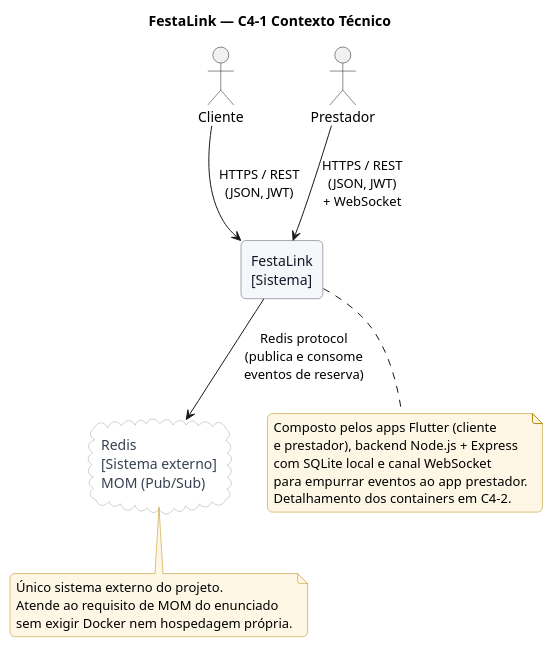
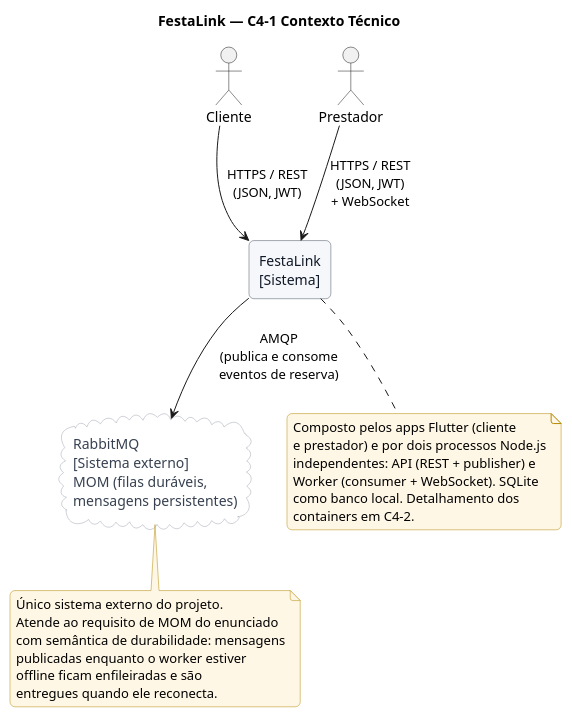
The diagram in docs/diagrams/06-c4-1-contexto-tecnico.puml (MiguelMagCastro/festalink_app), drawn with PlantUML before and after one commit. The commit also changed 9 other files, not shown here.

Commit message:
docs(diagramas): atualiza puml e png para rabbitmq e split api/worker

```diff
--- a/docs/diagrams/06-c4-1-contexto-tecnico.puml
+++ b/docs/diagrams/06-c4-1-contexto-tecnico.puml
@@ -1,48 +1,52 @@
 @startuml
 title FestaLink — C4-1 Contexto Técnico
 
 skinparam backgroundColor #FFFFFF
 skinparam shadowing false
 skinparam roundCorner 10
 skinparam defaultFontName "Helvetica"
 skinparam rectangle {
   BackgroundColor #F5F7FB
   BorderColor #4B5563
   FontColor #111827
 }
 skinparam cloud {
   BackgroundColor #FFFFFF
   BorderColor #9CA3AF
   FontColor #374151
 }
 skinparam note {
   BackgroundColor #FFF7E6
   BorderColor #B58900
 }
 
 actor "Cliente" as cli
 actor "Prestador" as pres
 
 rectangle "FestaLink\n[Sistema]" as sys
 
-cloud "Redis\n[Sistema externo]\nMOM (Pub/Sub)" as redis
+cloud "RabbitMQ\n[Sistema externo]\nMOM (filas duráveis,\nmensagens persistentes)" as rabbit
 
 cli --> sys : HTTPS / REST\n(JSON, JWT)
 pres --> sys : HTTPS / REST\n(JSON, JWT)\n+ WebSocket
-sys --> redis : Redis protocol\n(publica e consome\neventos de reserva)
+sys --> rabbit : AMQP\n(publica e consome\neventos de reserva)
 
 note bottom of sys
   Composto pelos apps Flutter (cliente
-  e prestador), backend Node.js + Express
-  com SQLite local e canal WebSocket
-  para empurrar eventos ao app prestador.
-  Detalhamento dos containers em C4-2.
+  e prestador) e por dois processos Node.js
+  independentes: API (REST + publisher) e
+  Worker (consumer + WebSocket). SQLite
+  como banco local. Detalhamento dos
+  containers em C4-2.
 end note
 
-note bottom of redis
+note bottom of rabbit
   Único sistema externo do projeto.
   Atende ao requisito de MOM do enunciado
-  sem exigir Docker nem hospedagem própria.
+  com semântica de durabilidade: mensagens
+  publicadas enquanto o worker estiver
+  offline ficam enfileiradas e são
+  entregues quando ele reconecta.
 end note
 
 @enduml
```
